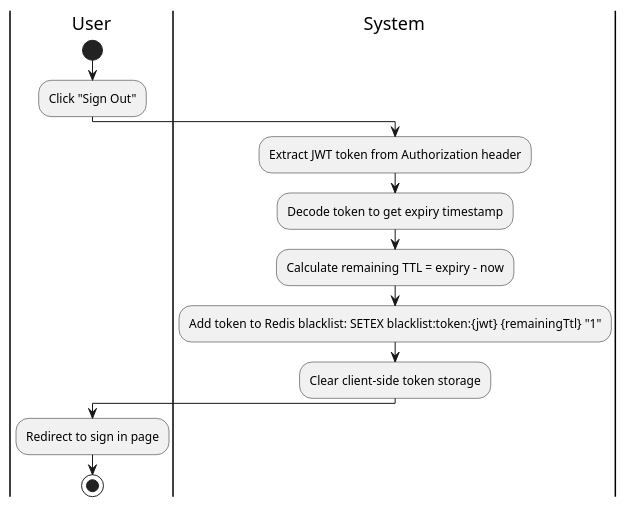
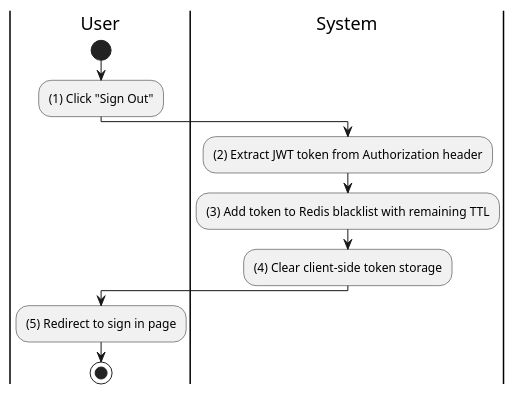
One commit to MinhThienNguyen040905/SE356---He-thong-phong-kham changed the fifth of 27 diagrams in Docs/SRS.md. Above: the diagram before and after it, drawn with PlantUML. The commit also changed other lines of this file, not shown here.

````diff
--- a/Docs/SRS.md
+++ b/Docs/SRS.md
@@ -399,16 +373,14 @@
 ```plantuml
 @startuml
 |User|
 start
-:Click "Sign Out";
+:(1) Click "Sign Out";
 |System|
-:Extract JWT token from Authorization header;
-:Decode token to get expiry timestamp;
-:Calculate remaining TTL = expiry - now;
-:Add token to Redis blacklist: SETEX blacklist:token:{jwt} {remainingTtl} "1";
-:Clear client-side token storage;
+:(2) Extract JWT token from Authorization header;
+:(3) Add token to Redis blacklist with remaining TTL;
+:(4) Clear client-side token storage;
 |User|
-:Redirect to sign in page;
+:(5) Redirect to sign in page;
 stop
 @enduml
 ```
````
